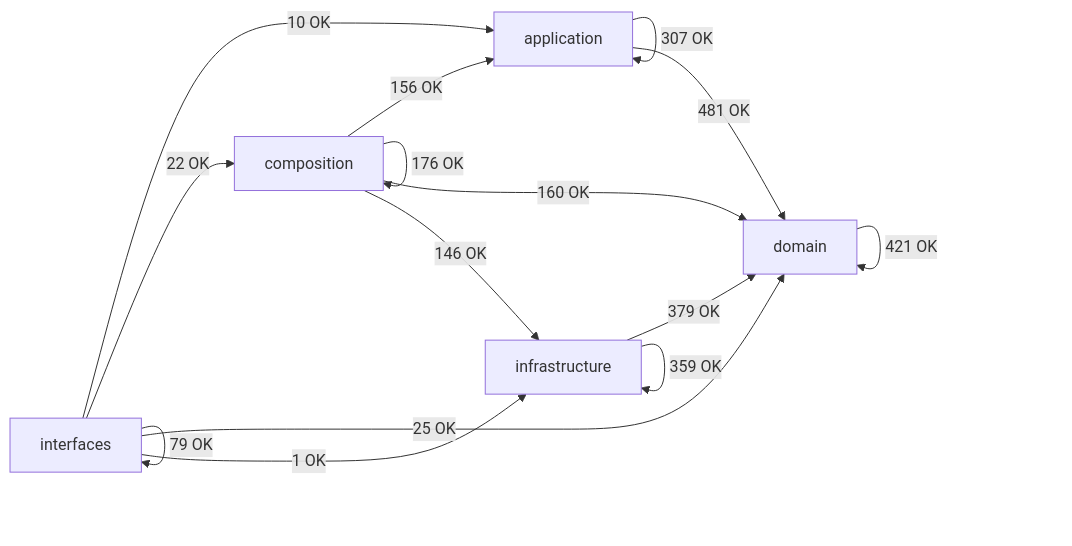
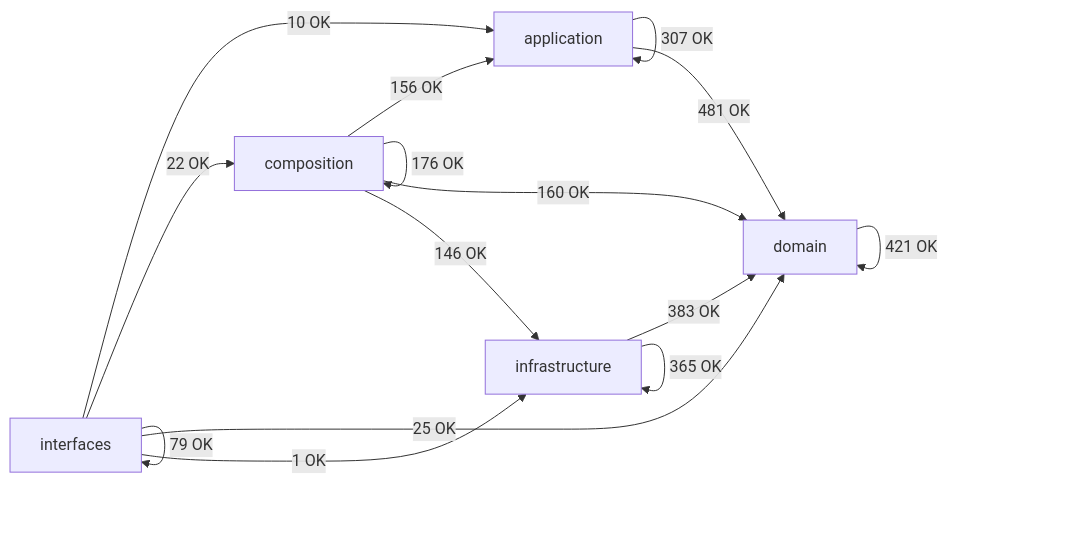
One commit to SatoryKono/BioactivityDataAcquisition changed the diagram in docs/02-architecture/generated/module-dependency-map.md. Above: the diagram before and after it, drawn with Mermaid. The commit also changed other lines of this file and 3 other files, not shown here.

First line of the commit message:
fix(tests): resolve failing architecture and contract tests

````diff
--- a/docs/02-architecture/generated/module-dependency-map.md
+++ b/docs/02-architecture/generated/module-dependency-map.md
@@ -15,22 +15,22 @@
 ```mermaid
 flowchart LR
     domain[domain]
     application[application]
     infrastructure[infrastructure]
     composition[composition]
     interfaces[interfaces]
     application -->|307 OK| application
     application -->|481 OK| domain
     composition -->|156 OK| application
     composition -->|176 OK| composition
     composition -->|160 OK| domain
     composition -->|146 OK| infrastructure
     domain -->|421 OK| domain
-    infrastructure -->|379 OK| domain
-    infrastructure -->|359 OK| infrastructure
+    infrastructure -->|383 OK| domain
+    infrastructure -->|365 OK| infrastructure
     interfaces -->|10 OK| application
     interfaces -->|22 OK| composition
     interfaces -->|25 OK| domain
     interfaces -->|1 OK| infrastructure
     interfaces -->|79 OK| interfaces
 ```
````
